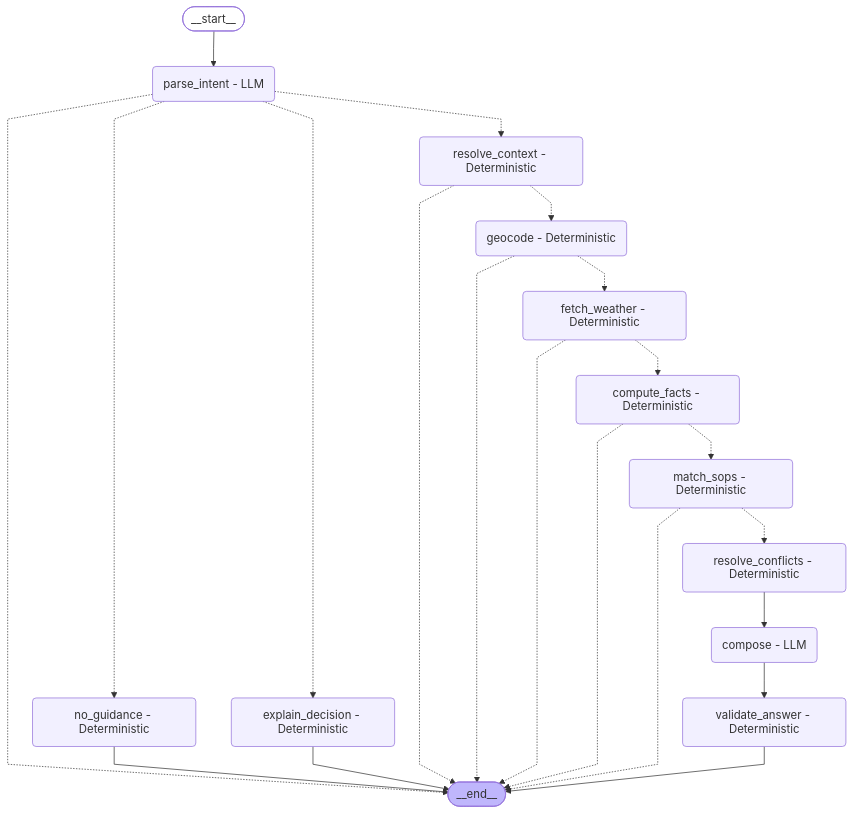
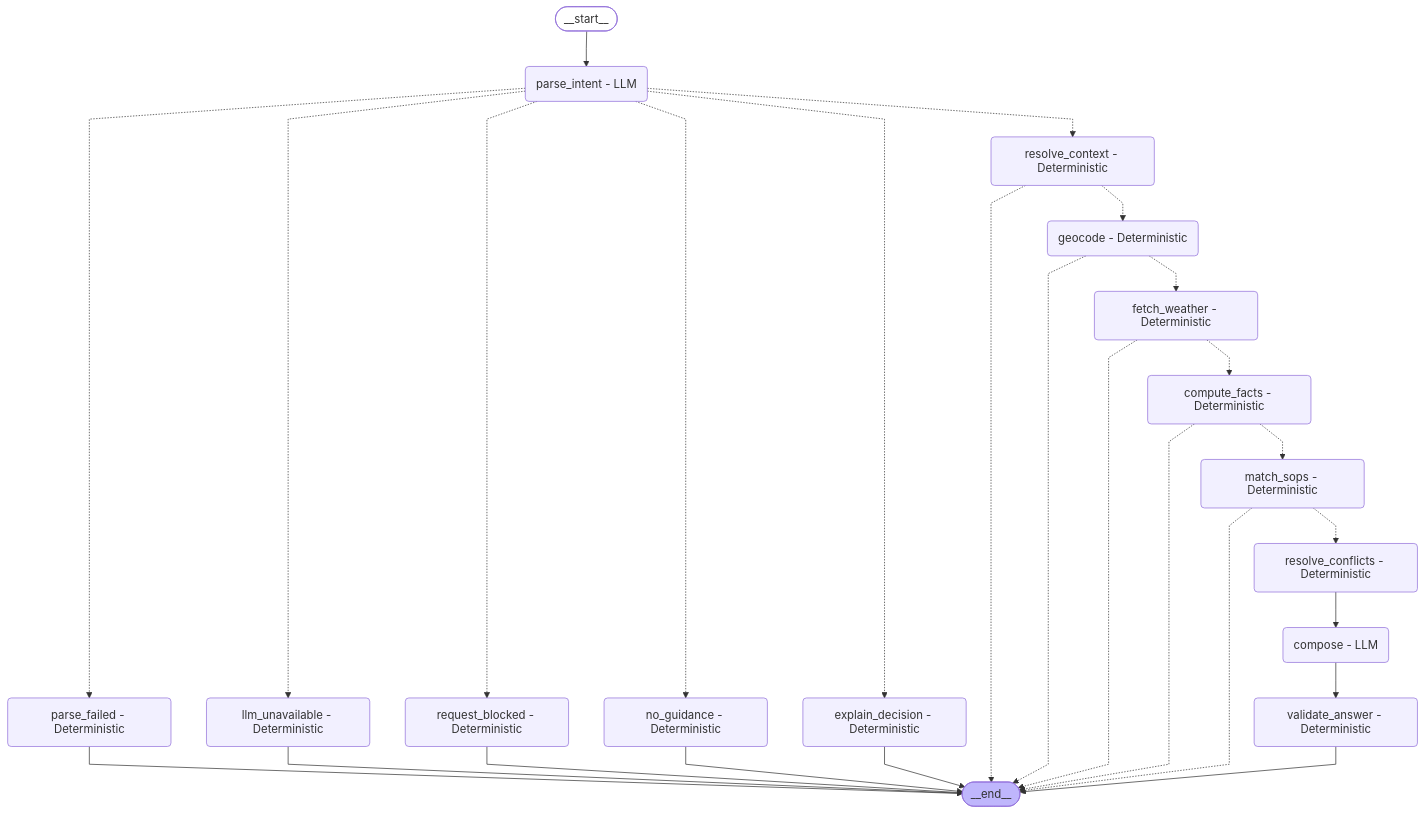
One commit to adnan011-gif/weather-advisory-bot changed the diagram in docs/graph.md. Above: the diagram before and after it, drawn with Mermaid. The commit also changed other lines of this file and 17 other files, not shown here.

Commit message:
feat: model fallback chain and honest LLM-unavailable handling

````diff
--- a/docs/graph.md
+++ b/docs/graph.md
@@ -5,48 +5,56 @@
 ```mermaid
 %%{init: {'flowchart': {'curve': 'linear'}}}%%
 graph TD;
 	__start__([__start__]):::first
 	parse_intent(parse_intent - LLM)
+	parse_failed(parse_failed - Deterministic)
+	llm_unavailable(llm_unavailable - Deterministic)
+	request_blocked(request_blocked - Deterministic)
 	no_guidance(no_guidance - Deterministic)
 	explain_decision(explain_decision - Deterministic)
 	resolve_context(resolve_context - Deterministic)
 	geocode(geocode - Deterministic)
 	fetch_weather(fetch_weather - Deterministic)
 	compute_facts(compute_facts - Deterministic)
 	match_sops(match_sops - Deterministic)
 	resolve_conflicts(resolve_conflicts - Deterministic)
 	compose(compose - LLM)
 	validate_answer(validate_answer - Deterministic)
 	__end__([__end__]):::last
 
 	__start__ --> parse_intent;
-	compose --> validate_answer;
+	parse_failed --> __end__;
+	llm_unavailable --> __end__;
+	request_blocked --> __end__;
 	explain_decision --> __end__;
 	no_guidance --> __end__;
+	compose --> validate_answer;
 	resolve_conflicts --> compose;
 	validate_answer --> __end__;
 
-	parse_intent -.-> __end__;
+	parse_intent -.-> parse_failed;
+	parse_intent -.-> llm_unavailable;
+	parse_intent -.-> request_blocked;
 	parse_intent -.-> no_guidance;
 	parse_intent -.-> explain_decision;
 	parse_intent -.-> resolve_context;
 
 	resolve_context -.-> __end__;
 	resolve_context -.-> geocode;
 
 	geocode -.-> __end__;
 	geocode -.-> fetch_weather;
 
 	fetch_weather -.-> __end__;
 	fetch_weather -.-> compute_facts;
 
 	compute_facts -.-> __end__;
 	compute_facts -.-> match_sops;
 
 	match_sops -.-> __end__;
 	match_sops -.-> resolve_conflicts;
 
 	classDef default fill:#f2f0ff,line-height:1.2
 	classDef first fill-opacity:0
 	classDef last fill:#bfb6fc
 ```
````
